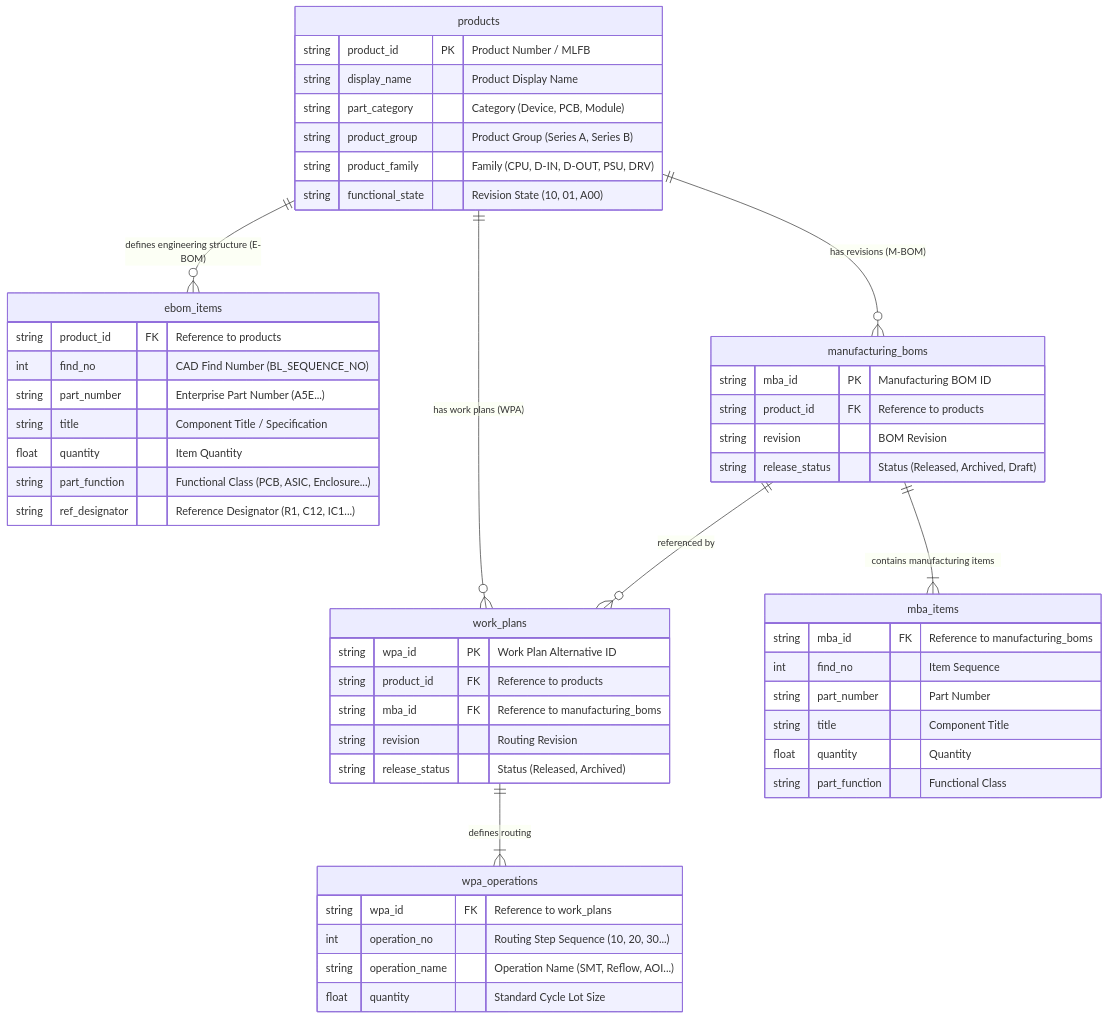
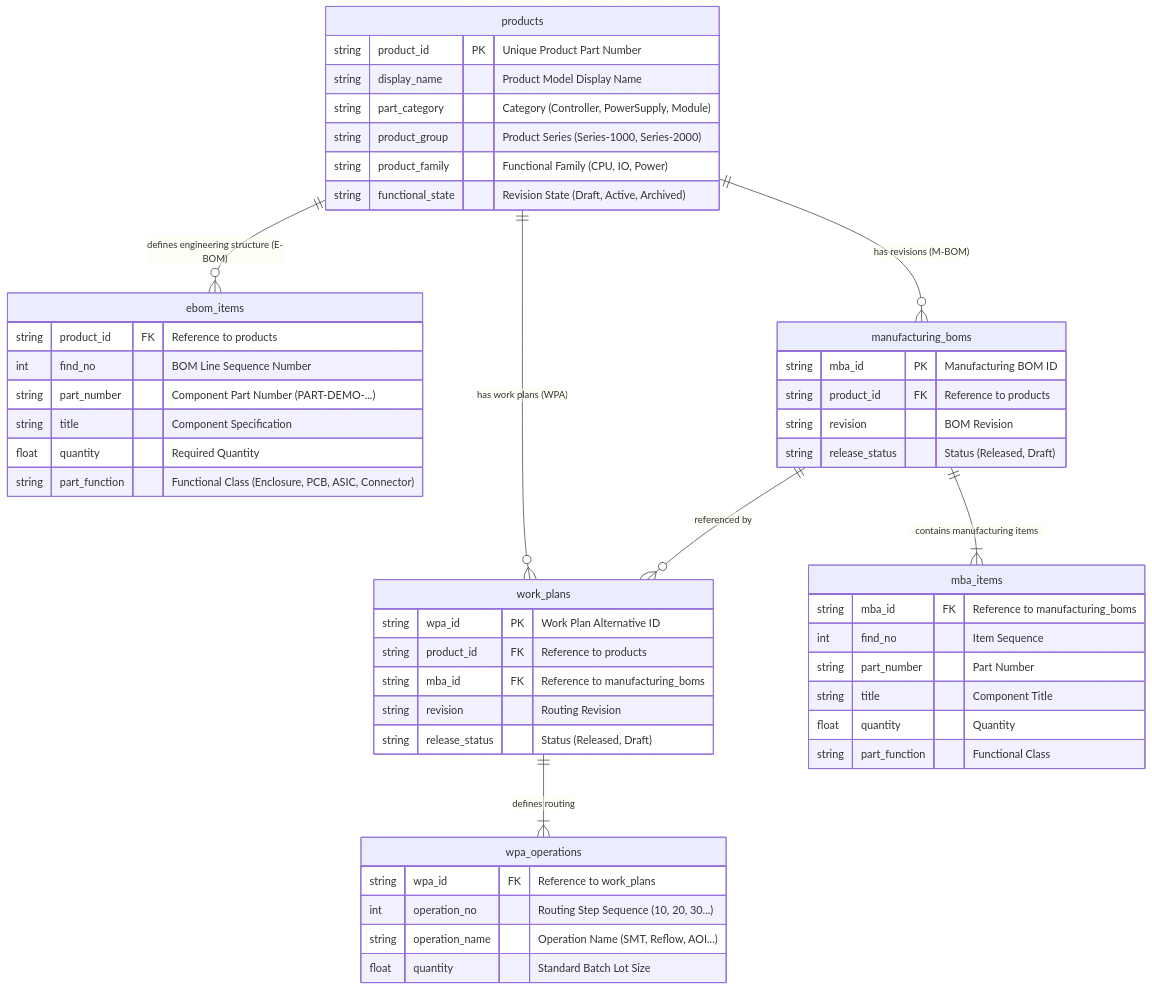
Before and after one commit to julius-dev-google/ce-enterprise-blueprint-docs: the second of 3 diagrams in examples/industry-work-plan-assistant/WORK_PLAN_ASSISTANT_BLUEPRINT.md, drawn with Mermaid. The commit also changed other lines of this file and 9 other files, not shown here.

````diff
--- a/examples/industry-work-plan-assistant/WORK_PLAN_ASSISTANT_BLUEPRINT.md
+++ b/examples/industry-work-plan-assistant/WORK_PLAN_ASSISTANT_BLUEPRINT.md
@@ -122,59 +126,58 @@
 ```mermaid
 erDiagram
     products ||--o{ ebom_items : "defines engineering structure (E-BOM)"
     products ||--o{ manufacturing_boms : "has revisions (M-BOM)"
     products ||--o{ work_plans : "has work plans (WPA)"
     manufacturing_boms ||--|{ mba_items : "contains manufacturing items"
     manufacturing_boms ||--o{ work_plans : "referenced by"
     work_plans ||--|{ wpa_operations : "defines routing"
 
     products {
-        string product_id PK "Product Number / MLFB"
-        string display_name "Product Display Name"
-        string part_category "Category (Device, PCB, Module)"
-        string product_group "Product Group (Series A, Series B)"
-        string product_family "Family (CPU, D-IN, D-OUT, PSU, DRV)"
-        string functional_state "Revision State (10, 01, A00)"
+        string product_id PK "Unique Product Part Number"
+        string display_name "Product Model Display Name"
+        string part_category "Category (Controller, PowerSupply, Module)"
+        string product_group "Product Series (Series-1000, Series-2000)"
+        string product_family "Functional Family (CPU, IO, Power)"
+        string functional_state "Revision State (Draft, Active, Archived)"
     }
 
     ebom_items {
         string product_id FK "Reference to products"
-        int find_no "CAD Find Number (BL_SEQUENCE_NO)"
-        string part_number "Enterprise Part Number (A5E...)"
-        string title "Component Title / Specification"
-        float quantity "Item Quantity"
-        string part_function "Functional Class (PCB, ASIC, Enclosure...)"
-        string ref_designator "Reference Designator (R1, C12, IC1...)"
+        int find_no "BOM Line Sequence Number"
+        string part_number "Component Part Number (PART-DEMO-...)"
+        string title "Component Specification"
+        float quantity "Required Quantity"
+        string part_function "Functional Class (Enclosure, PCB, ASIC, Connector)"
     }
 
     manufacturing_boms {
         string mba_id PK "Manufacturing BOM ID"
         string product_id FK "Reference to products"
         string revision "BOM Revision"
-        string release_status "Status (Released, Archived, Draft)"
+        string release_status "Status (Released, Draft)"
     }
 
     mba_items {
         string mba_id FK "Reference to manufacturing_boms"
         int find_no "Item Sequence"
         string part_number "Part Number"
         string title "Component Title"
         float quantity "Quantity"
         string part_function "Functional Class"
     }
 
     work_plans {
         string wpa_id PK "Work Plan Alternative ID"
         string product_id FK "Reference to products"
         string mba_id FK "Reference to manufacturing_boms"
         string revision "Routing Revision"
-        string release_status "Status (Released, Archived)"
+        string release_status "Status (Released, Draft)"
     }
 
     wpa_operations {
         string wpa_id FK "Reference to work_plans"
         int operation_no "Routing Step Sequence (10, 20, 30...)"
         string operation_name "Operation Name (SMT, Reflow, AOI...)"
-        float quantity "Standard Cycle Lot Size"
+        float quantity "Standard Batch Lot Size"
     }
 ```
````
